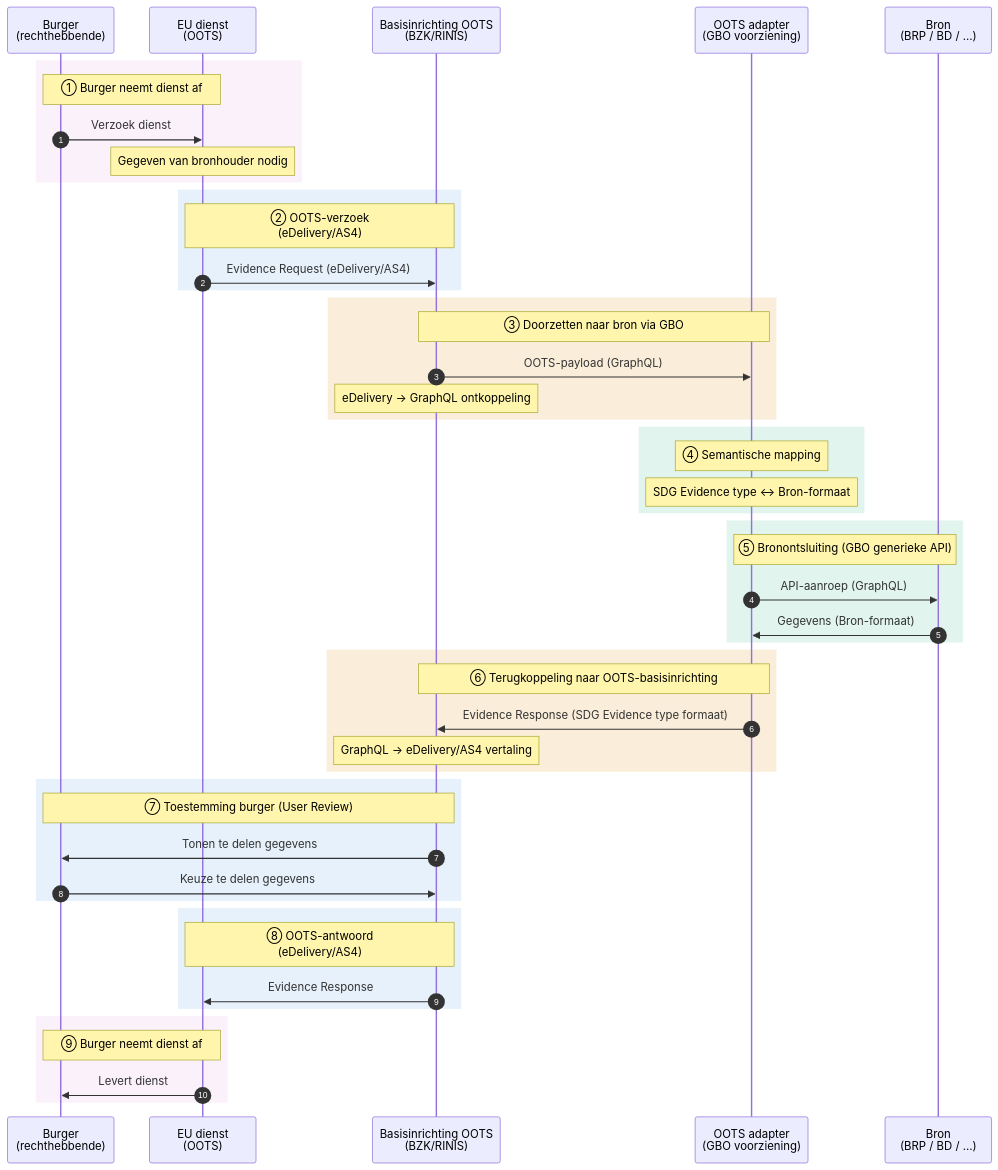
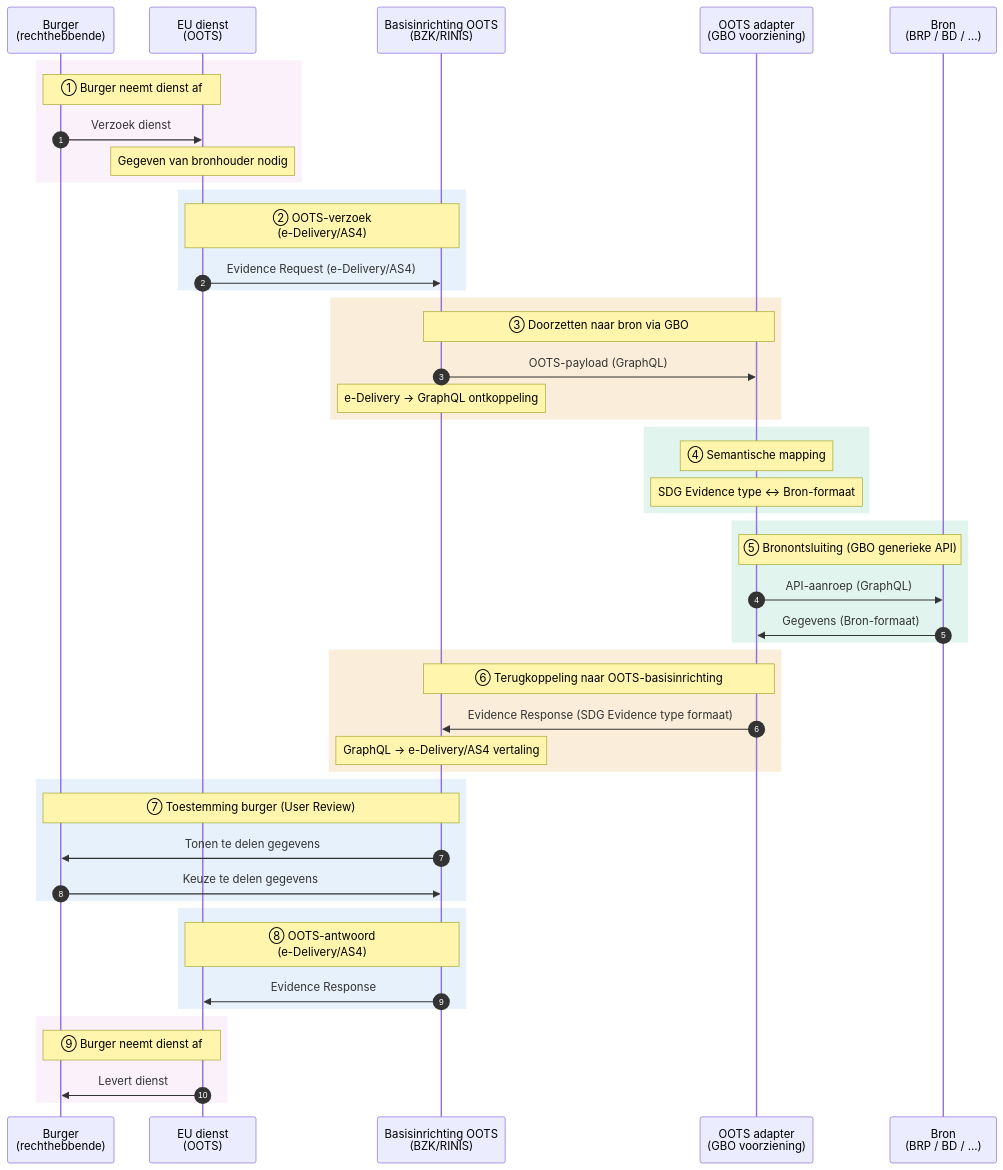
Before and after one commit to ICTU/GBO-PSA: the diagram in docs/diagrammen/interactiepatroon-OOTS-verzoek.mmd, drawn with Mermaid. The commit also changed 16 other files, not shown here.

```diff
--- a/docs/diagrammen/interactiepatroon-OOTS-verzoek.mmd
+++ b/docs/diagrammen/interactiepatroon-OOTS-verzoek.mmd
@@ -1,57 +1,57 @@
 sequenceDiagram
     autonumber
     participant BRG as Burger<br/>(rechthebbende)
     participant EU as EU dienst<br/>(OOTS)
     participant RINIS as Basisinrichting OOTS<br />(BZK/RINIS)
     participant GBO as OOTS adapter<br/>(GBO voorziening)
     participant BRH as Bron<br/>(BRP / BD / …)
 
     rect rgb(250, 241, 251)
         Note over BRG,EU: ① Burger neemt dienst af
         BRG->>EU: Verzoek dienst
         Note over EU: Gegeven van bronhouder nodig
     end
 
     rect rgb(230, 241, 251)
-        Note over EU,RINIS: ② OOTS-verzoek<br />(eDelivery/AS4)
-        EU->>RINIS: Evidence Request (eDelivery/AS4)
+        Note over EU,RINIS: ② OOTS-verzoek<br />(e-Delivery/AS4)
+        EU->>RINIS: Evidence Request (e-Delivery/AS4)
     end
 
     rect rgb(250, 238, 218)
         Note over RINIS,GBO: ③ Doorzetten naar bron via GBO
         RINIS->>GBO: OOTS-payload (GraphQL)
-        Note over RINIS: eDelivery → GraphQL ontkoppeling
+        Note over RINIS: e-Delivery → GraphQL ontkoppeling
     end
 
     rect rgb(225, 245, 238)
         Note over GBO: ④ Semantische mapping
         Note over GBO: SDG Evidence type ↔ Bron-formaat
     end
 
     rect rgb(225, 245, 238)
         Note over GBO,BRH: ⑤ Bronontsluiting (GBO generieke API)
         GBO->>BRH: API-aanroep (GraphQL)
         BRH->>GBO: Gegevens (Bron-formaat)
     end
 
     rect rgb(250, 238, 218)
         Note over GBO,RINIS: ⑥ Terugkoppeling naar OOTS-basisinrichting
         GBO->>RINIS: Evidence Response (SDG Evidence type formaat)
-        Note over RINIS: GraphQL → eDelivery/AS4 vertaling
+        Note over RINIS: GraphQL → e-Delivery/AS4 vertaling
     end
 
     rect rgb(230, 241, 251)
         Note over RINIS,BRG: ⑦ Toestemming burger (User Review)
         RINIS->>BRG: Tonen te delen gegevens
         BRG->>RINIS: Keuze te delen gegevens
     end
 
     rect rgb(230, 241, 251)
-        Note over EU,RINIS: ⑧ OOTS-antwoord<br />(eDelivery/AS4)
+        Note over EU,RINIS: ⑧ OOTS-antwoord<br />(e-Delivery/AS4)
         RINIS->>EU: Evidence Response
     end
 
     rect rgb(250, 241, 251)
         Note over BRG,EU: ⑨ Burger neemt dienst af
         EU->>BRG: Levert dienst
     end
```
